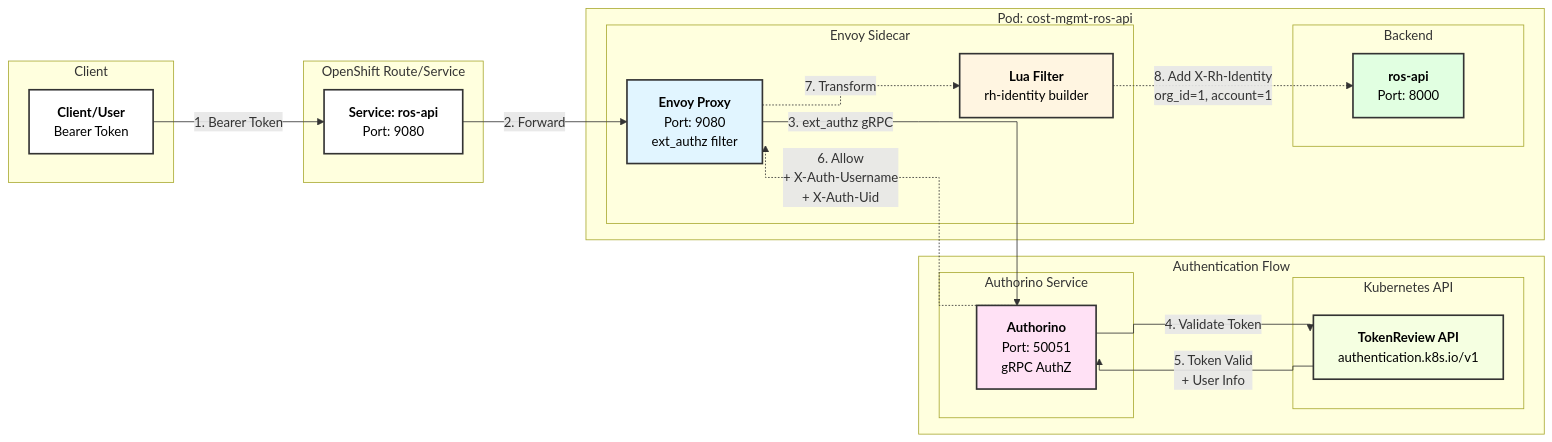
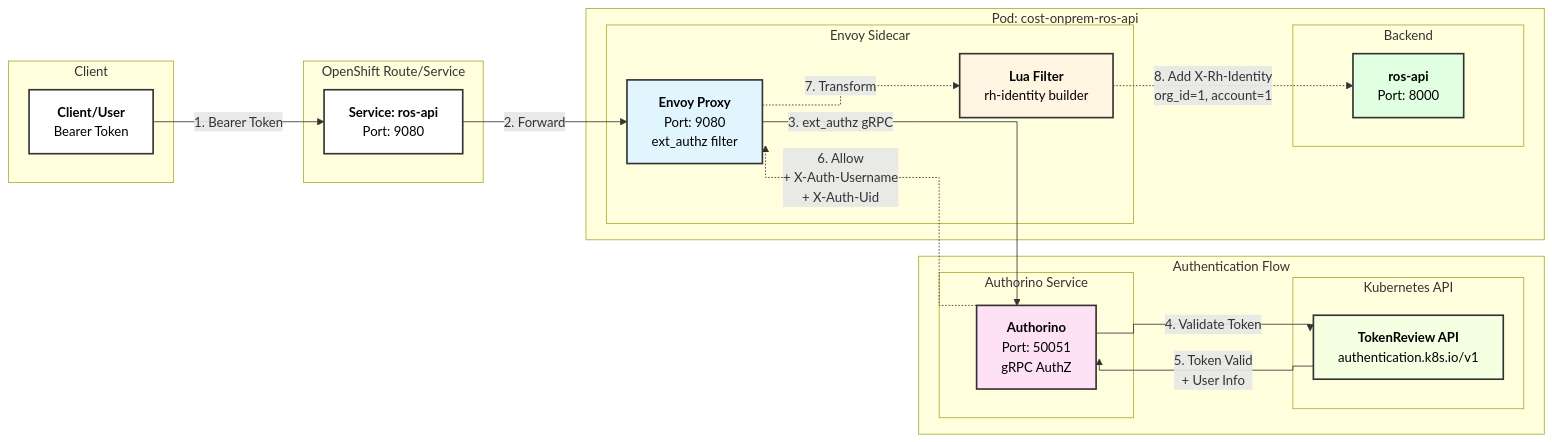
One commit to jordigilh/ros-helm-chart changed the first of 2 diagrams in docs/oauth2-tokenreview-authentication.md. Above: the diagram before and after it, drawn with Mermaid. The commit also changed other lines of this file and 25 other files, not shown here.

Commit message:
Use cost-onprem as chart name and default namespace

````diff
--- a/docs/oauth2-tokenreview-authentication.md
+++ b/docs/oauth2-tokenreview-authentication.md
@@ -33,51 +33,51 @@
 ```mermaid
 %%{init: {'flowchart': {'curve': 'stepAfter'}}}%%
 flowchart LR
     subgraph Client["Client"]
         C["<b>Client/User</b><br/>Bearer Token"]
     end
 
     subgraph Route["OpenShift Route/Service"]
         R["<b>Service: ros-api</b><br/>Port: 9080"]
     end
 
-    subgraph Pod["Pod: cost-mgmt-ros-api"]
+    subgraph Pod["Pod: cost-onprem-ros-api"]
         subgraph EnvoySidecar["Envoy Sidecar"]
             E["<b>Envoy Proxy</b><br/>Port: 9080<br/>ext_authz filter"]
             L["<b>Lua Filter</b><br/>rh-identity builder"]
         end
 
         subgraph Backend["Backend"]
             B["<b>ros-api</b><br/>Port: 8000"]
         end
 
         E -.->|7. Transform| L
         L -.->|8. Add X-Rh-Identity<br/>org_id=1, account=1| B
     end
 
     subgraph AuthFlow["Authentication Flow"]
         subgraph AuthorinoSvc["Authorino Service"]
             A["<b>Authorino</b><br/>Port: 50051<br/>gRPC AuthZ"]
         end
 
         subgraph K8sAPI["Kubernetes API"]
             K["<b>TokenReview API</b><br/>authentication.k8s.io/v1"]
         end
 
         A -->|4. Validate Token| K
         K -->|5. Token Valid<br/>+ User Info| A
     end
 
     C -->|1. Bearer Token| R
     R -->|2. Forward| E
     E -->|3. ext_authz gRPC| A
     A -.->|6. Allow<br/>+ X-Auth-Username<br/>+ X-Auth-Uid| E
 
     style E fill:#e1f5ff,stroke:#333,stroke-width:2px,color:#000
     style A fill:#ffe1f5,stroke:#333,stroke-width:2px,color:#000
     style K fill:#f5ffe1,stroke:#333,stroke-width:2px,color:#000
     style L fill:#fff5e1,stroke:#333,stroke-width:2px,color:#000
     style B fill:#e1ffe1,stroke:#333,stroke-width:2px,color:#000
     style C fill:#fff,stroke:#333,stroke-width:2px,color:#000
     style R fill:#fff,stroke:#333,stroke-width:2px,color:#000
 ```
````
